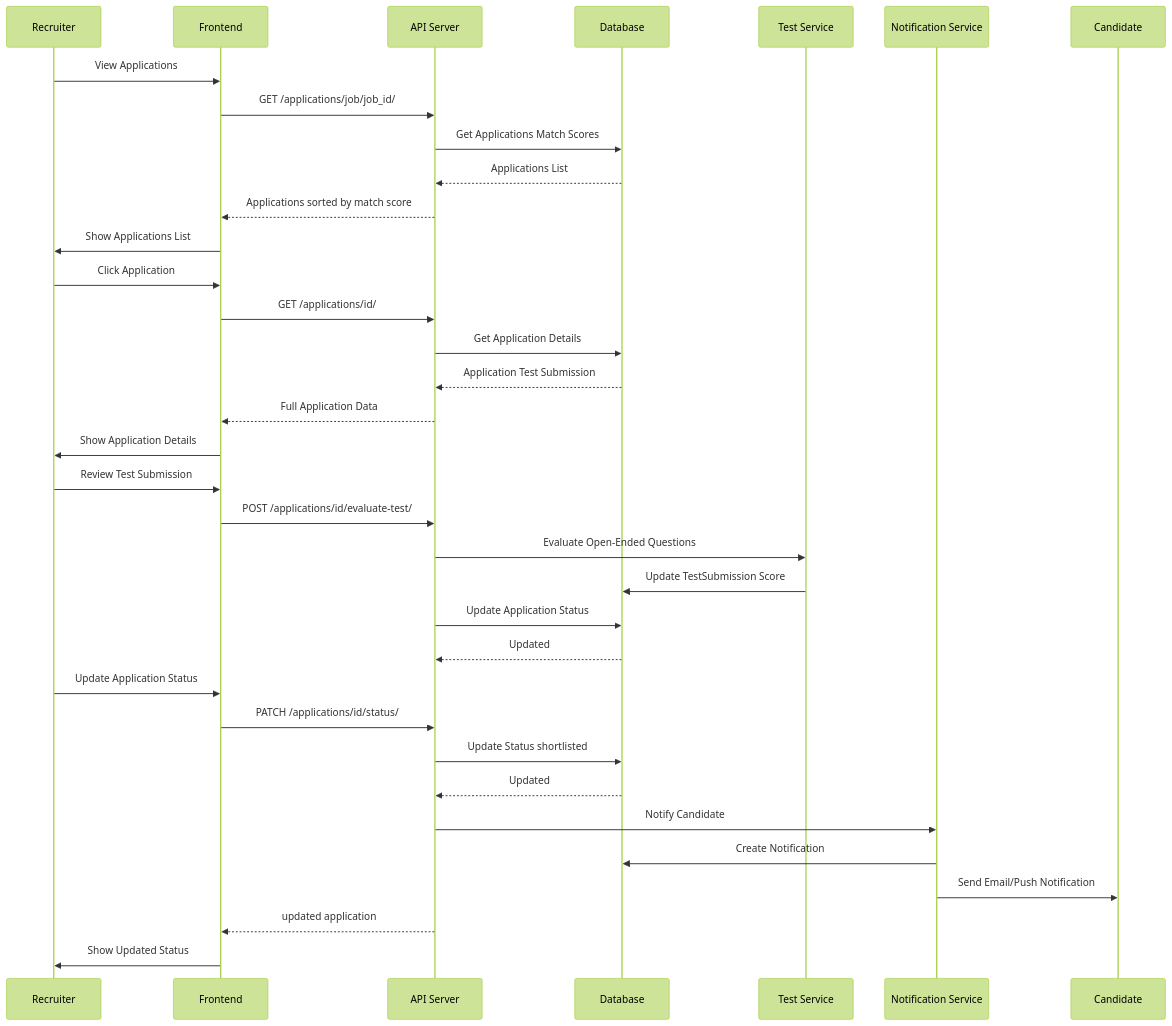
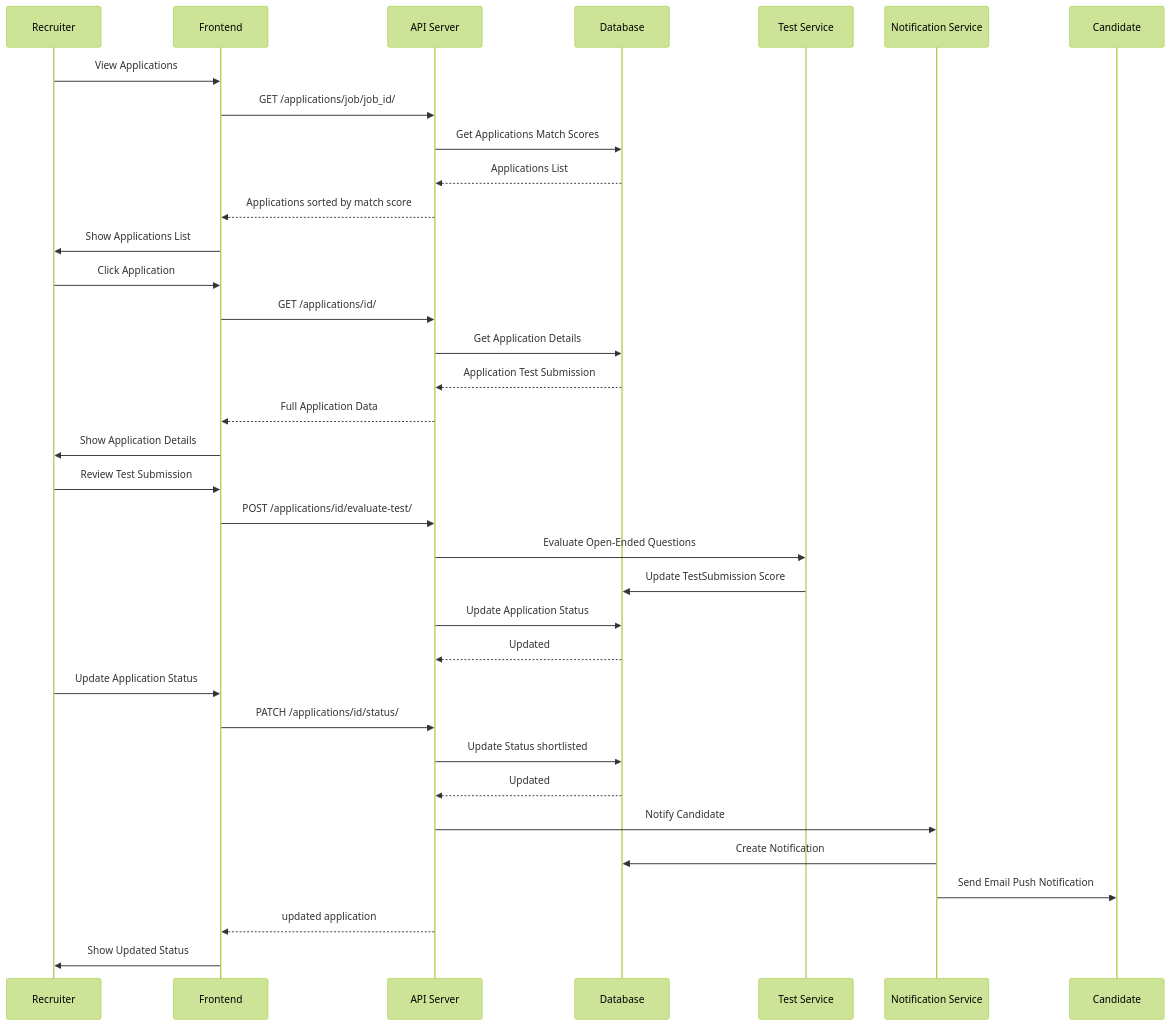
The sixth of 17 diagrams in SYSTEM_DOCUMENTATION.md (adil77672/recruitment-platform-docs), drawn with Mermaid (forest theme) before and after one commit. The commit also changed other lines of this file, not shown here.

````diff
--- a/SYSTEM_DOCUMENTATION.md
+++ b/SYSTEM_DOCUMENTATION.md
@@ -868,42 +868,42 @@
 ```mermaid
 sequenceDiagram
     participant R as Recruiter
     participant F as Frontend
     participant API as API Server
     participant DB as Database
     participant T as Test Service
     participant N as Notification Service
     participant C as Candidate
     
     R->>F: View Applications
     F->>API: GET /applications/job/job_id/
     API->>DB: Get Applications Match Scores
     DB-->>API: Applications List
     API-->>F: Applications sorted by match score
     F->>R: Show Applications List
     
     R->>F: Click Application
     F->>API: GET /applications/id/
     API->>DB: Get Application Details
     DB-->>API: Application Test Submission
     API-->>F: Full Application Data
     F->>R: Show Application Details
     
     R->>F: Review Test Submission
     F->>API: POST /applications/id/evaluate-test/
     API->>T: Evaluate Open-Ended Questions
     T->>DB: Update TestSubmission Score
     API->>DB: Update Application Status
     DB-->>API: Updated
     
     R->>F: Update Application Status
     F->>API: PATCH /applications/id/status/
     API->>DB: Update Status shortlisted
     DB-->>API: Updated
     
     API->>N: Notify Candidate
     N->>DB: Create Notification
-    N->>C: Send Email/Push Notification
+    N->>C: Send Email Push Notification
     API-->>F: updated application
     F->>R: Show Updated Status
 ```
````
